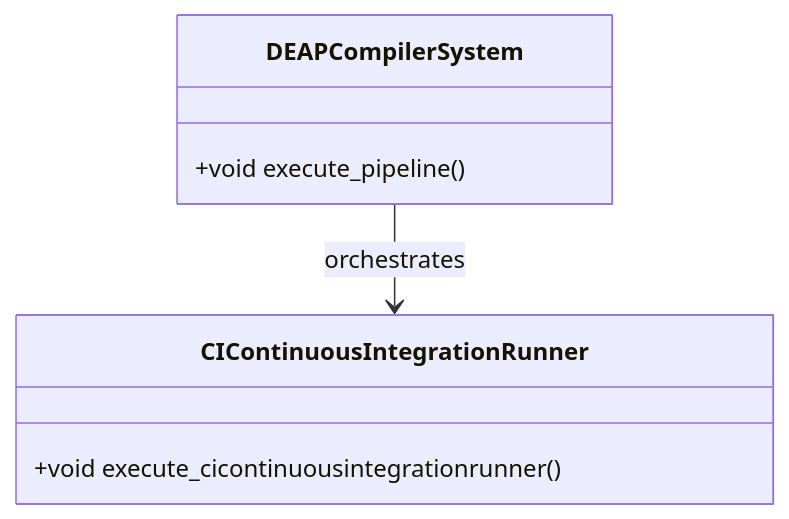
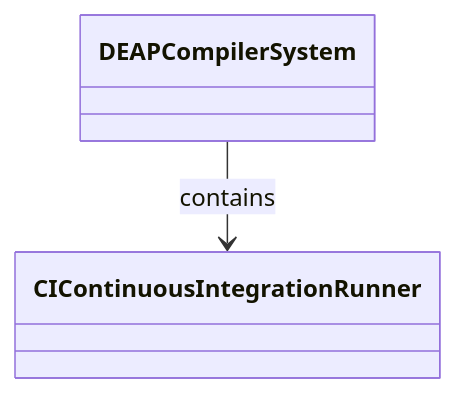
The diagram in docs/features/FEAT-02-CIContinuousIntegrationRunner.md (gintatkinson/dumpiler-01), drawn with Mermaid before and after one commit. The commit also changed other lines of this file and 101 other files, not shown here.

````diff
--- a/docs/features/FEAT-02-CIContinuousIntegrationRunner.md
+++ b/docs/features/FEAT-02-CIContinuousIntegrationRunner.md
@@ -25,10 +29,6 @@
 ```mermaid
 classDiagram
-    class DEAPCompilerSystem {
-        +void execute_pipeline()
-    }
-    class CIContinuousIntegrationRunner {
-        +void execute_cicontinuousintegrationrunner()
-    }
-    DEAPCompilerSystem --> CIContinuousIntegrationRunner : orchestrates
+    class DEAPCompilerSystem
+    class CIContinuousIntegrationRunner
+    DEAPCompilerSystem --> CIContinuousIntegrationRunner : contains
 ```
````
